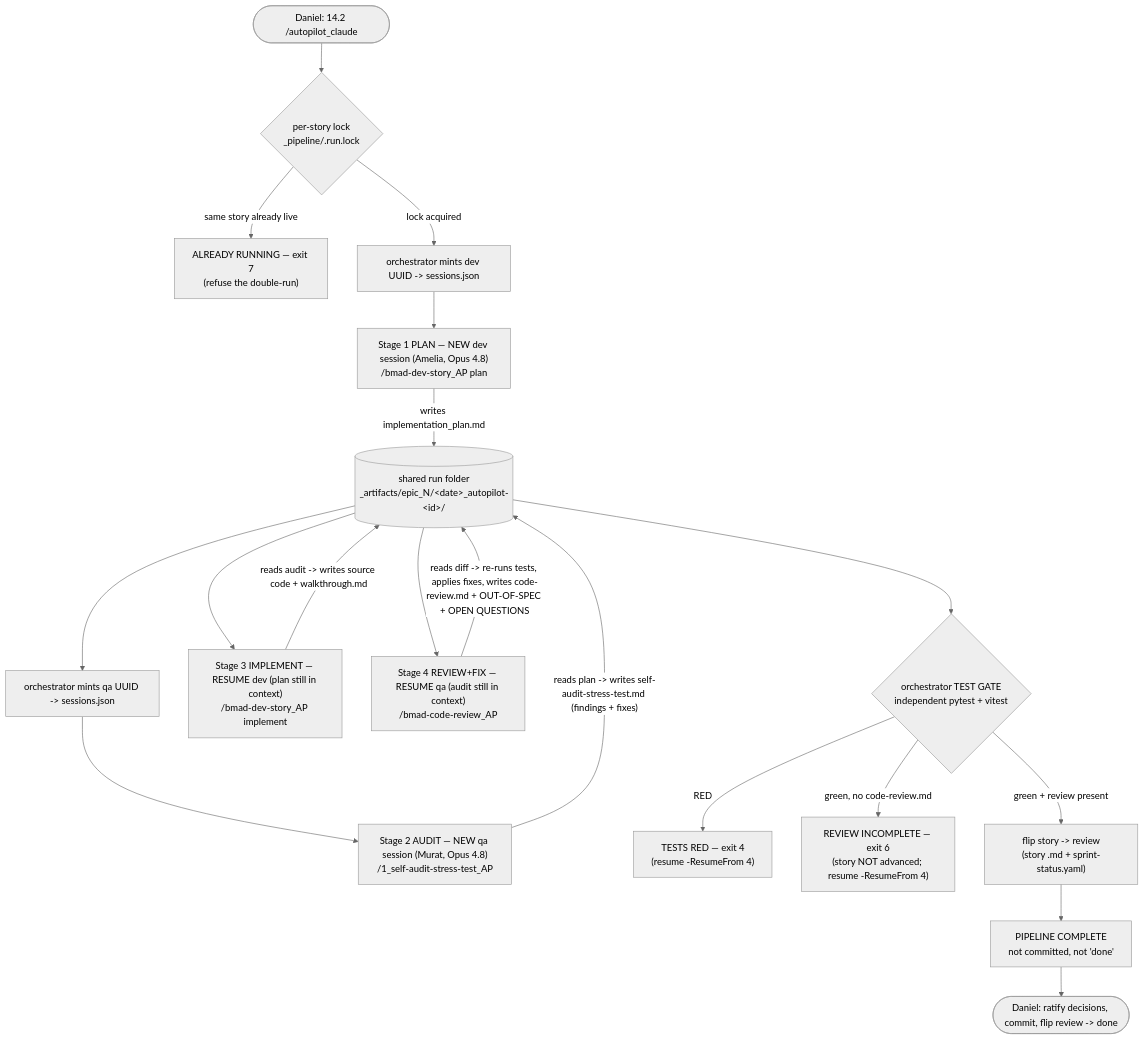
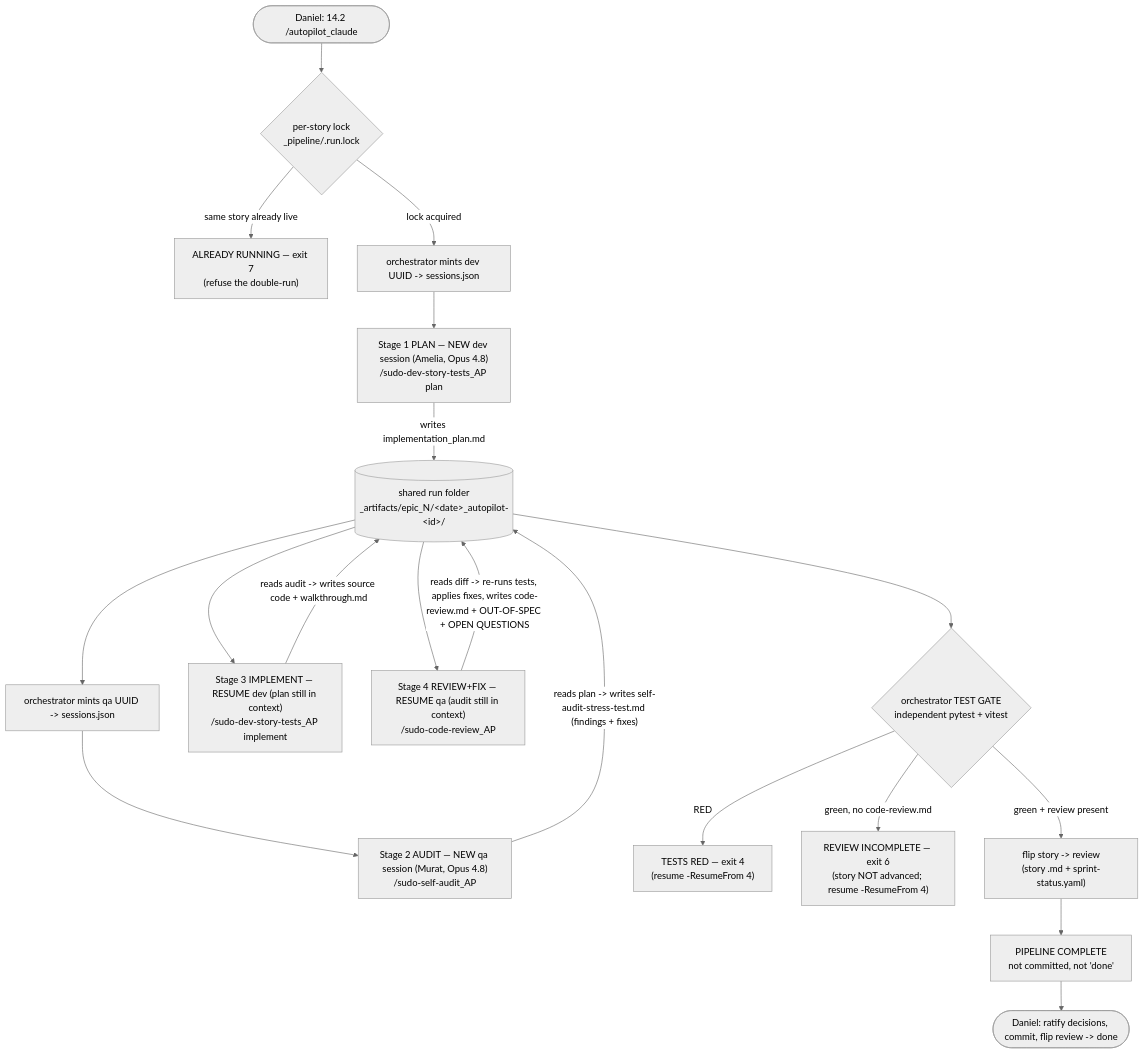
The first of 5 diagrams in _my_resources/diagrams_guides/system/autopilot_bmad_dev_loop.md (sudomadhatter/Sudo_Hatter_Command), drawn with Mermaid (neutral theme) before and after one commit. The commit also changed other lines of this file and 54 other files, not shown here.

Commit message:
feat: scaffold new agent command structure, documentation graph, and sprint management workflows

````diff
--- a/_my_resources/diagrams_guides/system/autopilot_bmad_dev_loop.md
+++ b/_my_resources/diagrams_guides/system/autopilot_bmad_dev_loop.md
@@ -64,21 +64,21 @@
 ```mermaid
 flowchart TD
     D(["Daniel: 14.2 /autopilot_claude"]) --> LK{"per-story lock<br/>_pipeline/.run.lock"}
     LK -->|"same story already live"| X7["ALREADY RUNNING — exit 7<br/>(refuse the double-run)"]
     LK -->|"lock acquired"| M1["orchestrator mints dev UUID -> sessions.json"]
-    M1 --> S1["Stage 1 PLAN — NEW dev session (Amelia, Opus 4.8)<br/>/bmad-dev-story_AP plan"]
+    M1 --> S1["Stage 1 PLAN — NEW dev session (Amelia, Opus 4.8)<br/>/sudo-dev-story-tests_AP plan"]
     S1 -->|"writes implementation_plan.md"| F[("shared run folder<br/>_artifacts/epic_N/&lt;date&gt;_autopilot-&lt;id&gt;/")]
     F --> M2["orchestrator mints qa UUID -> sessions.json"]
-    M2 --> S2["Stage 2 AUDIT — NEW qa session (Murat, Opus 4.8)<br/>/1_self-audit-stress-test_AP"]
+    M2 --> S2["Stage 2 AUDIT — NEW qa session (Murat, Opus 4.8)<br/>/sudo-self-audit_AP"]
     S2 -->|"reads plan -> writes self-audit-stress-test.md (findings + fixes)"| F
-    F --> S3["Stage 3 IMPLEMENT — RESUME dev (plan still in context)<br/>/bmad-dev-story_AP implement"]
+    F --> S3["Stage 3 IMPLEMENT — RESUME dev (plan still in context)<br/>/sudo-dev-story-tests_AP implement"]
     S3 -->|"reads audit -> writes source code + walkthrough.md"| F
-    F --> S4["Stage 4 REVIEW+FIX — RESUME qa (audit still in context)<br/>/bmad-code-review_AP"]
+    F --> S4["Stage 4 REVIEW+FIX — RESUME qa (audit still in context)<br/>/sudo-code-review_AP"]
     S4 -->|"reads diff -> re-runs tests, applies fixes, writes code-review.md + OUT-OF-SPEC + OPEN QUESTIONS"| F
     F --> G{"orchestrator TEST GATE<br/>independent pytest + vitest"}
     G -->|"RED"| RED["TESTS RED — exit 4<br/>(resume -ResumeFrom 4)"]
     G -->|"green, no code-review.md"| RI["REVIEW INCOMPLETE — exit 6<br/>(story NOT advanced; resume -ResumeFrom 4)"]
     G -->|"green + review present"| RV["flip story -> review<br/>(story .md + sprint-status.yaml)"]
     RV --> DONE["PIPELINE COMPLETE<br/>not committed, not 'done'"]
     DONE --> D2(["Daniel: ratify decisions, commit, flip review -> done"])
 ```
````
